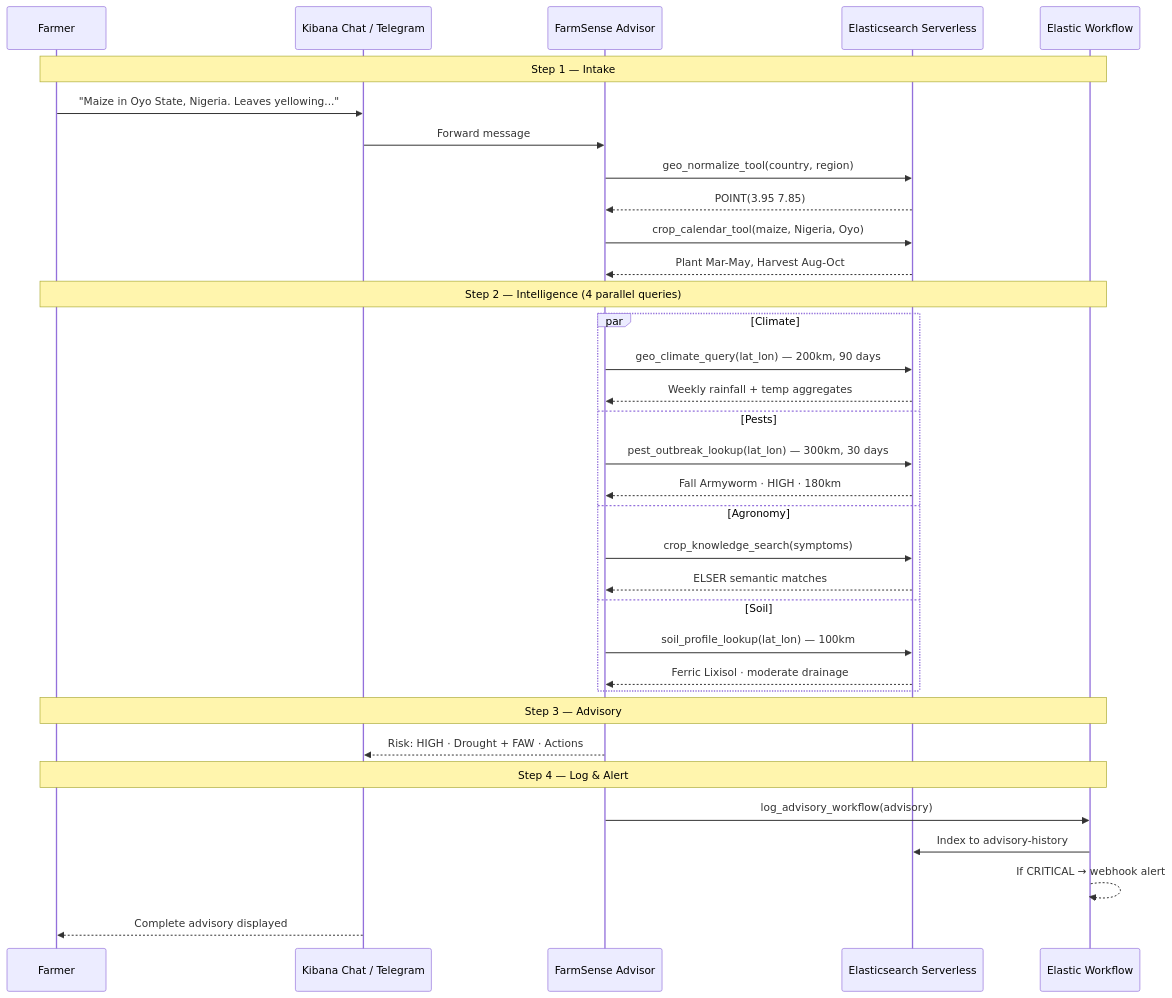
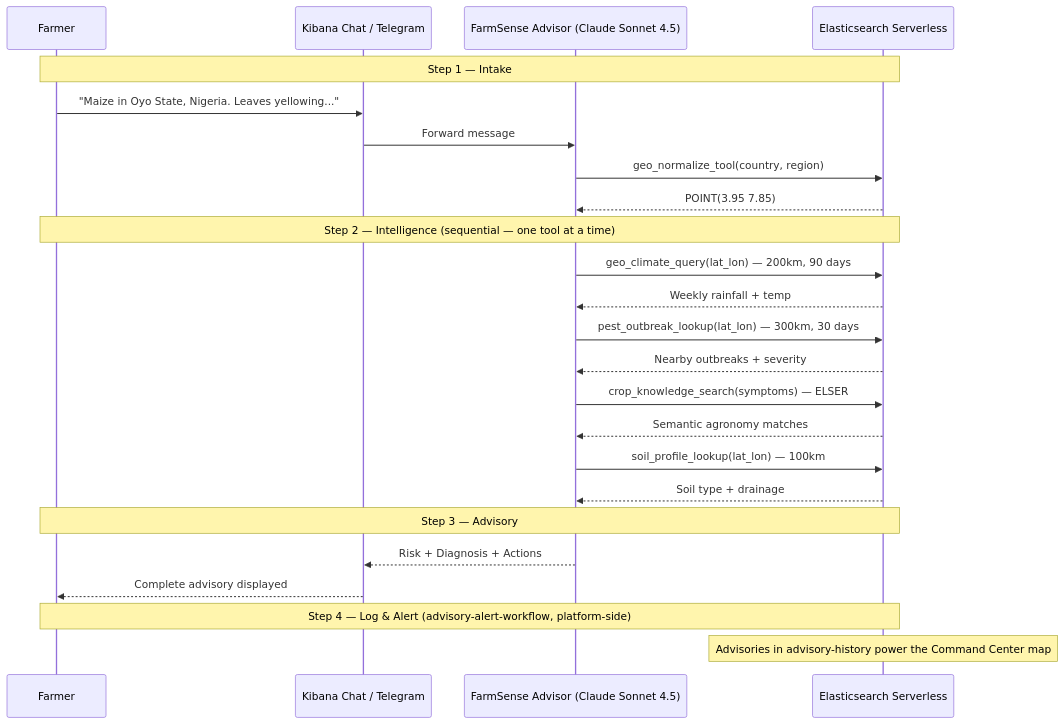
Before and after one commit to ankitlade12/farmsense: the third of 3 diagrams in README.md, drawn with Mermaid. The commit also changed other lines of this file and 9 other files, not shown here.

First line of the commit message:
Harden Agent Builder pipeline, add Command Center, refresh docs

````diff
--- a/README.md
+++ b/README.md
@@ -127,40 +134,30 @@
 ```mermaid
 sequenceDiagram
     participant F as Farmer
     participant UI as Kibana Chat / Telegram
-    participant A as FarmSense Advisor
+    participant A as FarmSense Advisor (Claude Sonnet 4.5)
     participant ES as Elasticsearch Serverless
-    participant WF as Elastic Workflow
 
-    Note over F,WF: Step 1 — Intake
+    Note over F,ES: Step 1 — Intake
     F->>UI: "Maize in Oyo State, Nigeria. Leaves yellowing..."
     UI->>A: Forward message
     A->>ES: geo_normalize_tool(country, region)
     ES-->>A: POINT(3.95 7.85)
-    A->>ES: crop_calendar_tool(maize, Nigeria, Oyo)
-    ES-->>A: Plant Mar-May, Harvest Aug-Oct
 
-    Note over F,WF: Step 2 — Intelligence (4 parallel queries)
-    par Climate
-        A->>ES: geo_climate_query(lat_lon) — 200km, 90 days
-        ES-->>A: Weekly rainfall + temp aggregates
-    and Pests
-        A->>ES: pest_outbreak_lookup(lat_lon) — 300km, 30 days
-        ES-->>A: Fall Armyworm · HIGH · 180km
-    and Agronomy
-        A->>ES: crop_knowledge_search(symptoms)
-        ES-->>A: ELSER semantic matches
-    and Soil
-        A->>ES: soil_profile_lookup(lat_lon) — 100km
-        ES-->>A: Ferric Lixisol · moderate drainage
-    end
+    Note over F,ES: Step 2 — Intelligence (sequential — one tool at a time)
+    A->>ES: geo_climate_query(lat_lon) — 200km, 90 days
+    ES-->>A: Weekly rainfall + temp
+    A->>ES: pest_outbreak_lookup(lat_lon) — 300km, 30 days
+    ES-->>A: Nearby outbreaks + severity
+    A->>ES: crop_knowledge_search(symptoms) — ELSER
+    ES-->>A: Semantic agronomy matches
+    A->>ES: soil_profile_lookup(lat_lon) — 100km
+    ES-->>A: Soil type + drainage
 
-    Note over F,WF: Step 3 — Advisory
-    A-->>UI: Risk: HIGH · Drought + FAW · Actions
+    Note over F,ES: Step 3 — Advisory
+    A-->>UI: Risk + Diagnosis + Actions
+    UI-->>F: Complete advisory displayed
 
-    Note over F,WF: Step 4 — Log & Alert
-    A->>WF: log_advisory_workflow(advisory)
-    WF->>ES: Index to advisory-history
-    WF-->>WF: If CRITICAL → webhook alert
-    UI-->>F: Complete advisory displayed
+    Note over F,ES: Step 4 — Log & Alert (advisory-alert-workflow, platform-side)
+    Note over ES: Advisories in advisory-history power the Command Center map
 ```
````
